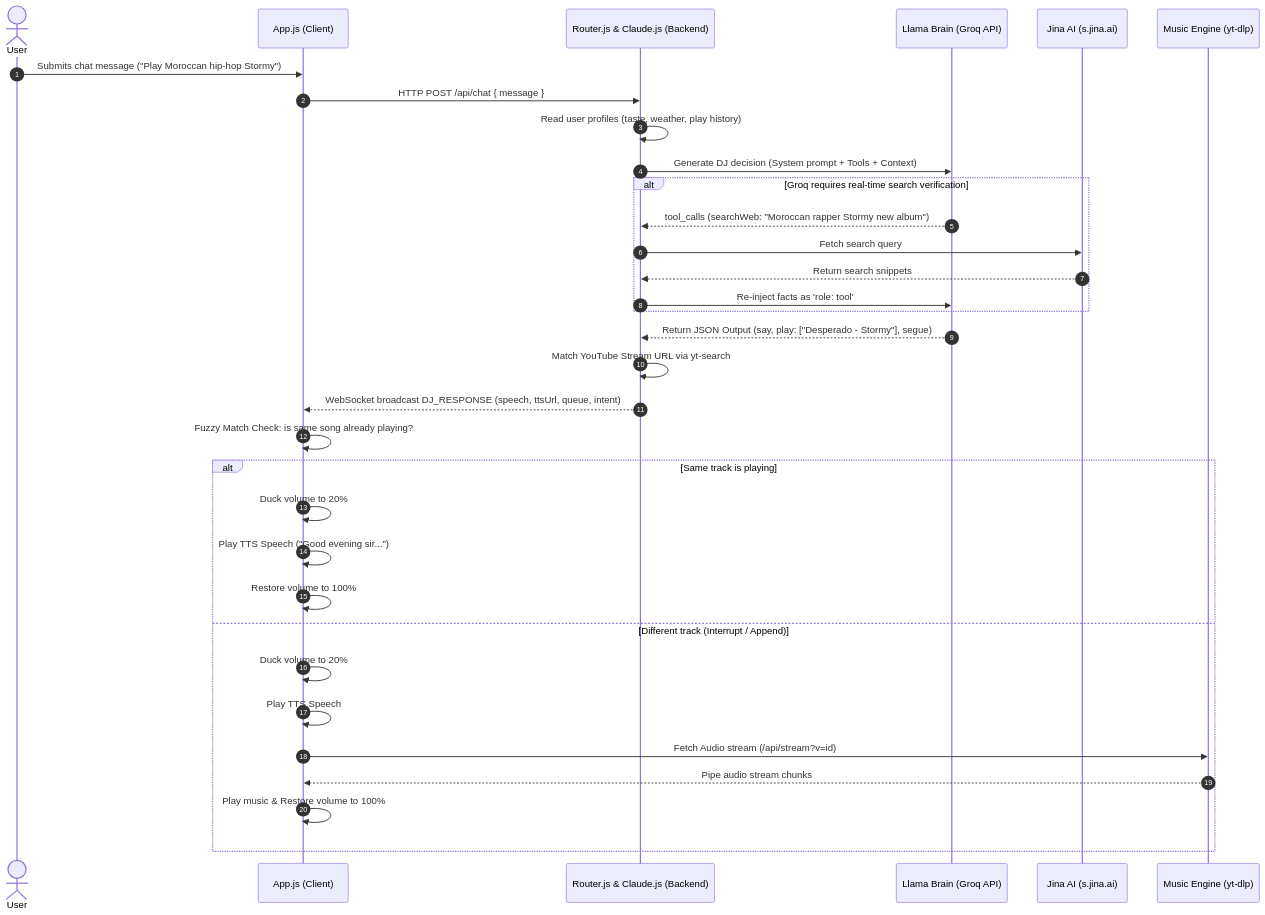
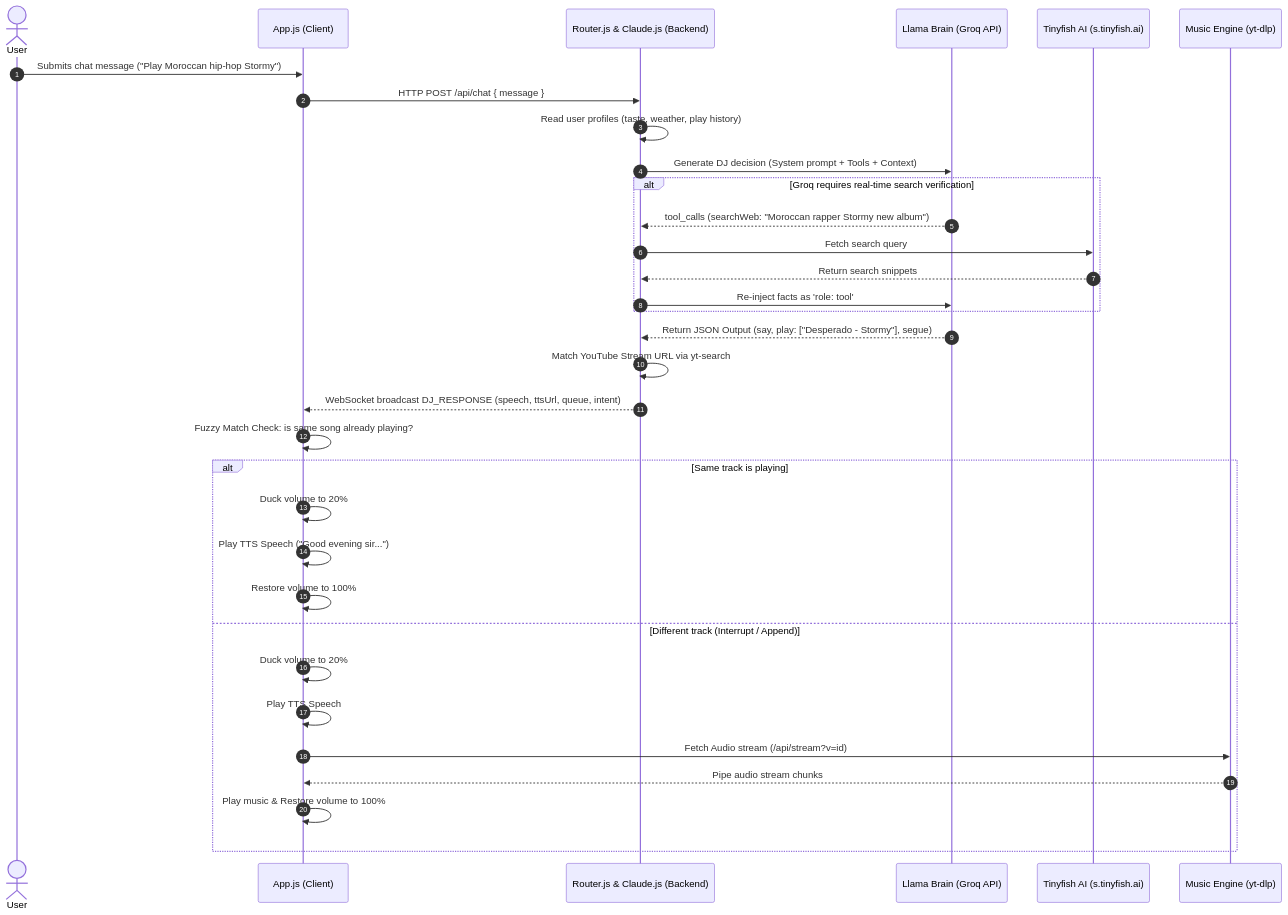
One commit to KNIGHTABDO/claudio changed the second of 2 diagrams in ARCHITECTURE.md. Above: the diagram before and after it, drawn with Mermaid. The commit also changed other lines of this file and 5 other files, not shown here.

Commit message:
✨ refactor: replace Jina AI with Tinyfish AI in architecture and code

````diff
--- a/ARCHITECTURE.md
+++ b/ARCHITECTURE.md
@@ -371,36 +371,36 @@
 ```mermaid
 sequenceDiagram
     autonumber
     actor Listener as User
     participant App as App.js (Client)
     participant Serv as Router.js & Claude.js (Backend)
     participant Groq as Llama Brain (Groq API)
-    participant Jina as Jina AI (s.jina.ai)
+    participant Tinyfish as Tinyfish AI (s.tinyfish.ai)
     participant Stream as Music Engine (yt-dlp)
     
     Listener->>App: Submits chat message ("Play Moroccan hip-hop Stormy")
     App->>Serv: HTTP POST /api/chat { message }
     Serv->>Serv: Read user profiles (taste, weather, play history)
     Serv->>Groq: Generate DJ decision (System prompt + Tools + Context)
     alt Groq requires real-time search verification
         Groq-->>Serv: tool_calls (searchWeb: "Moroccan rapper Stormy new album")
-        Serv->>Jina: Fetch search query
-        Jina-->>Serv: Return search snippets
+        Serv->>Tinyfish: Fetch search query
+        Tinyfish-->>Serv: Return search snippets
         Serv->>Groq: Re-inject facts as 'role: tool'
     end
     Groq-->>Serv: Return JSON Output (say, play: ["Desperado - Stormy"], segue)
     Serv->>Serv: Match YouTube Stream URL via yt-search
     Serv-->>App: WebSocket broadcast DJ_RESPONSE (speech, ttsUrl, queue, intent)
     App->>App: Fuzzy Match Check: is same song already playing?
     alt Same track is playing
         App->>App: Duck volume to 20%
         App->>App: Play TTS Speech ("Good evening sir...")
         App->>App: Restore volume to 100%
     else Different track (Interrupt / Append)
         App->>App: Duck volume to 20%
         App->>App: Play TTS Speech
         App->>Stream: Fetch Audio stream (/api/stream?v=id)
         Stream-->>App: Pipe audio stream chunks
         App->>App: Play music & Restore volume to 100%
     end
 ```
````
